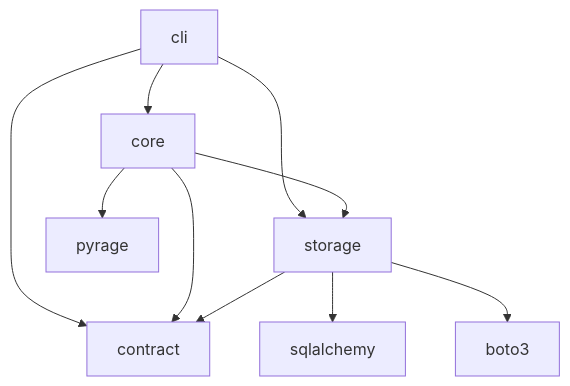
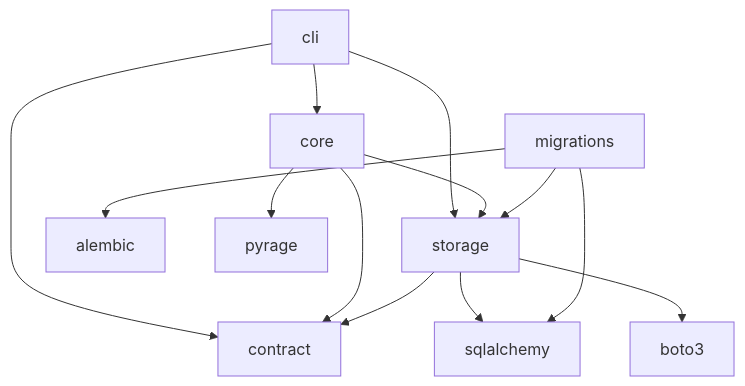
One commit to jensens/previously changed the diagram in docs/explanation/module-boundaries.md. Above: the diagram before and after it, drawn with Mermaid. The commit also changed other lines of this file and 21 other files, not shown here.

````diff
--- a/docs/explanation/module-boundaries.md
+++ b/docs/explanation/module-boundaries.md
@@ -22,14 +25,17 @@
 ```{mermaid}
-:caption: The import edges after stage 1c: all six between its own modules, and not one of them exempted. Three arrows leave the package.
+:caption: The import edges on 2026-10-05: seven between its own modules, and not one of them exempted. Five arrows leave the package.
 
 graph TD
     cli[cli] --> core[core]
     cli --> storage[storage]
     cli --> contract[contract]
     core --> storage
     core --> contract
+    migrations[migrations] --> storage
     storage --> contract
     storage --> sqlalchemy[sqlalchemy]
+    migrations --> sqlalchemy
+    migrations --> alembic[alembic]
     core --> pyrage[pyrage]
     storage --> boto3[boto3]
 ```
````
